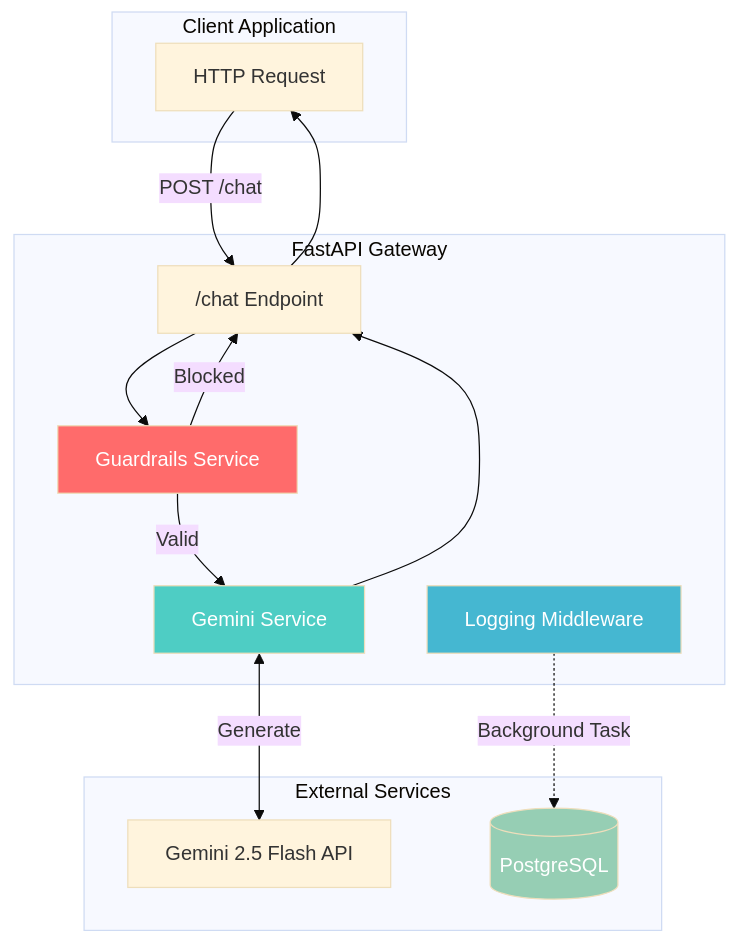
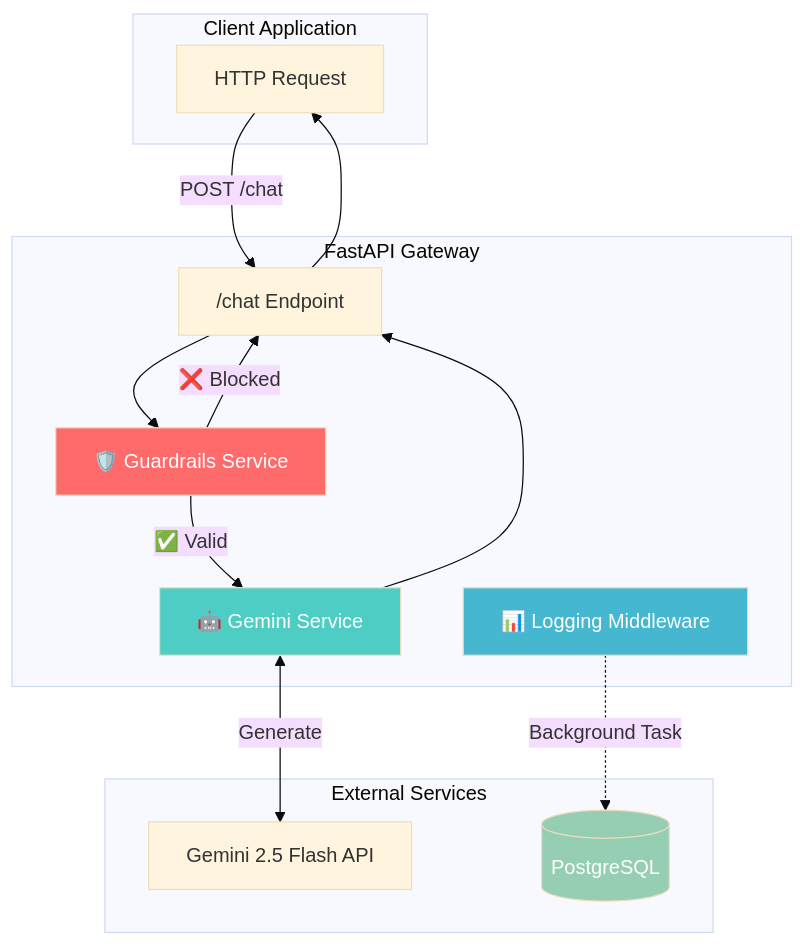
One commit to hilliersmmain/llm-gateway-api changed the diagram in README.md. Above: the diagram before and after it, drawn with Mermaid (base theme). The commit also changed other lines of this file and 7 other files, not shown here.

````diff
--- a/README.md
+++ b/README.md
@@ -22,32 +22,32 @@
 ```mermaid
 flowchart TB
     subgraph Client["Client Application"]
         A[HTTP Request]
     end
 
     subgraph Gateway["FastAPI Gateway"]
         B["/chat Endpoint"]
-        C["Guardrails Service"]
-        D["Gemini Service"]
-        E["Logging Middleware"]
+        C["🛡️ Guardrails Service"]
+        D["🤖 Gemini Service"]
+        E["📊 Logging Middleware"]
     end
 
     subgraph External["External Services"]
         F["Gemini 2.5 Flash API"]
         G[("PostgreSQL")]
     end
 
     A -->|POST /chat| B
     B --> C
-    C -->|Blocked| B
-    C -->|Valid| D
+    C -->|"❌ Blocked"| B
+    C -->|"✅ Valid"| D
     D <-->|Generate| F
     D --> B
     B --> A
-    E -.->|Background Task| G
+    E -.->|"Background Task"| G
 
     style C fill:#ff6b6b,color:#fff
     style D fill:#4ecdc4,color:#fff
     style E fill:#45b7d1,color:#fff
     style G fill:#96ceb4,color:#fff
 ```
````
